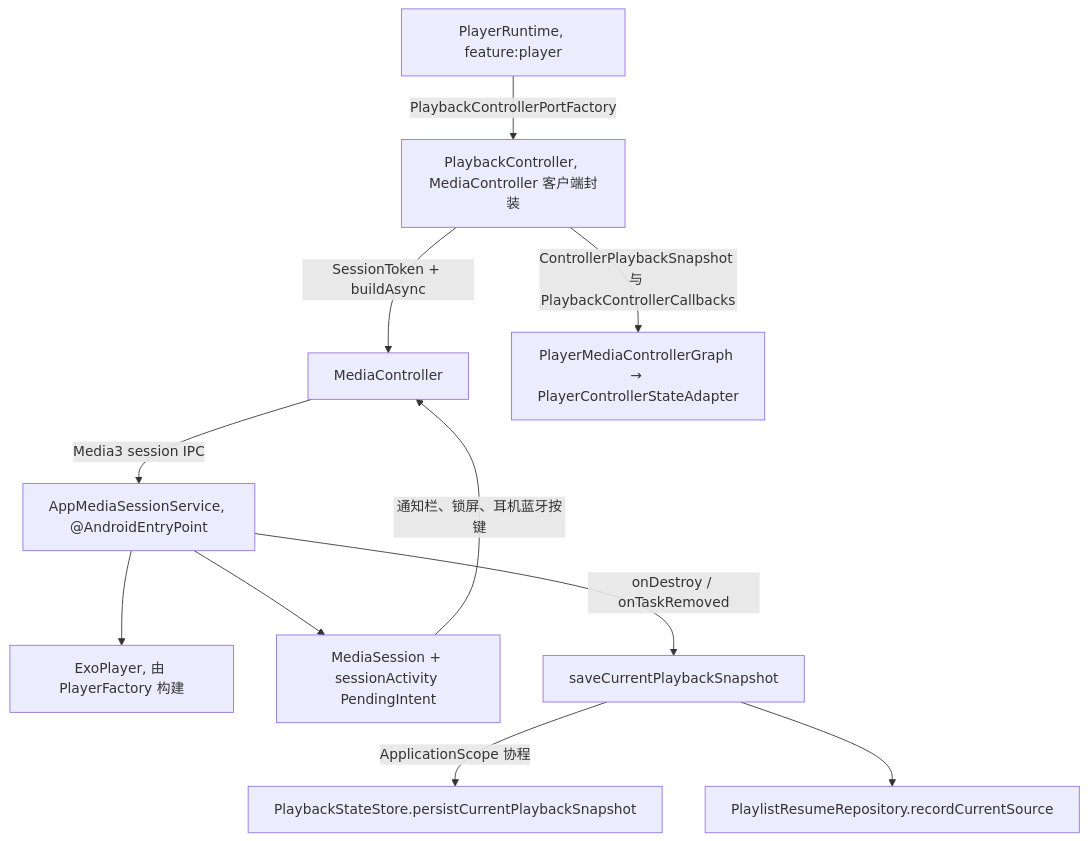
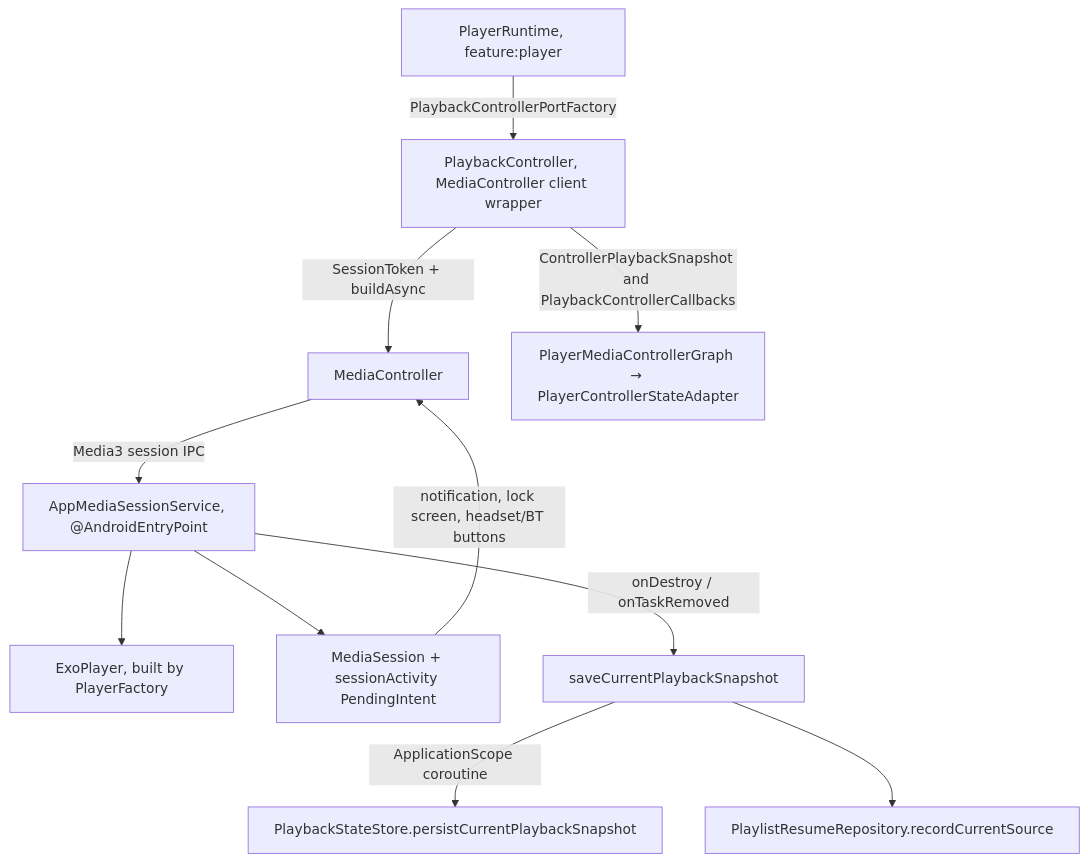
The first of 2 diagrams in openwiki/player/service-and-controller.md (DefineMyCode/melody-in-heart-x), drawn with Mermaid before and after one commit. The commit also changed other lines of this file and 38 other files, not shown here.

````diff
--- a/openwiki/player/service-and-controller.md
+++ b/openwiki/player/service-and-controller.md
@@ -71,13 +77,13 @@
 ```mermaid
 flowchart TD
-    RT["PlayerRuntime, feature:player"] -->|"PlaybackControllerPortFactory"| CTRL["PlaybackController, MediaController 客户端封装"]
+    RT["PlayerRuntime, feature:player"] -->|"PlaybackControllerPortFactory"| CTRL["PlaybackController, MediaController client wrapper"]
     CTRL -->|"SessionToken + buildAsync"| MC["MediaController"]
     MC -->|"Media3 session IPC"| SVC["AppMediaSessionService, @AndroidEntryPoint"]
-    SVC --> EXO["ExoPlayer, 由 PlayerFactory 构建"]
+    SVC --> EXO["ExoPlayer, built by PlayerFactory"]
     SVC --> SESS["MediaSession + sessionActivity PendingIntent"]
-    SESS -->|"通知栏、锁屏、耳机蓝牙按键"| MC
-    CTRL -->|"ControllerPlaybackSnapshot 与 PlaybackControllerCallbacks"| MG["PlayerMediaControllerGraph → PlayerControllerStateAdapter"]
+    SESS -->|"notification, lock screen, headset/BT buttons"| MC
+    CTRL -->|"ControllerPlaybackSnapshot and PlaybackControllerCallbacks"| MG["PlayerMediaControllerGraph → PlayerControllerStateAdapter"]
     SVC -->|"onDestroy / onTaskRemoved"| SNAP["saveCurrentPlaybackSnapshot"]
-    SNAP -->|"ApplicationScope 协程"| STORE["PlaybackStateStore.persistCurrentPlaybackSnapshot"]
+    SNAP -->|"ApplicationScope coroutine"| STORE["PlaybackStateStore.persistCurrentPlaybackSnapshot"]
     SNAP --> RESUME["PlaylistResumeRepository.recordCurrentSource"]
 ```
````
